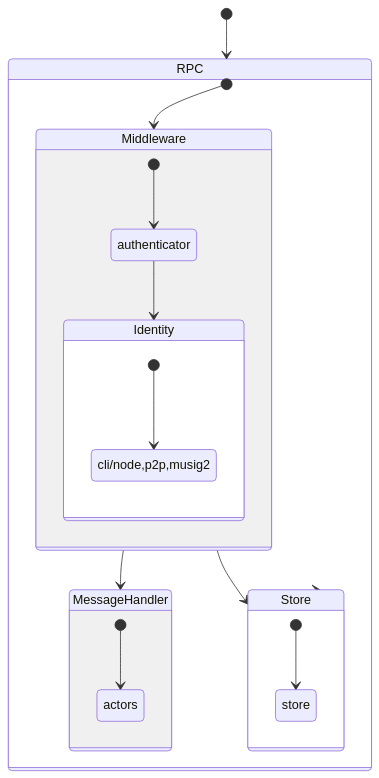
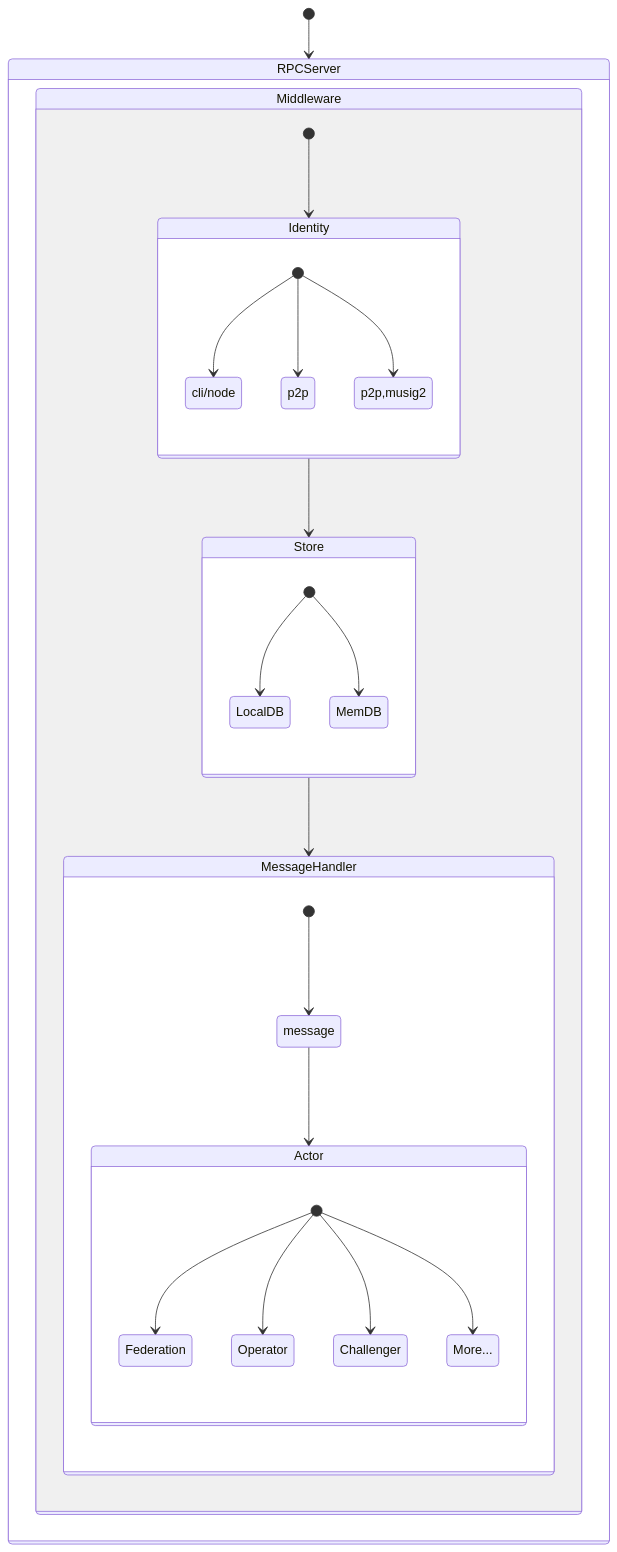
One commit to GOATNetwork/bitvm2-node changed the first of 5 diagrams in README.md. Above: the diagram before and after it, drawn with Mermaid.

Commit message:
feat: dev alpha version

````diff
--- a/README.md
+++ b/README.md
@@ -6,28 +6,34 @@
 ```mermaid
 stateDiagram-v2
-    [*] --> RPC 
+    [*] --> RPCServer 
 
-    state RPC {
-        [*] --> Middleware 
-
+    state RPCServer {
         state Middleware {
-            [*] --> authenticator 
-            authenticator --> Identity
-            
-            state Identity {
-                [*] --> cli/node,p2p,musig2
-            }
+            [*] --> Identity 
+            Identity --> Store
+            Store --> MessageHandler
         }
-        state MessageHandler {
-            [*] --> actors
-        }
-        Middleware --> MessageHandler
-        Middleware --> Store
+    }
+       
+    state MessageHandler {
+        [*] --> message 
+        message --> Actor 
+    }
+    state Actor {
+        [*] --> Federation 
+        [*] --> Operator 
+        [*] --> Challenger
+        [*] --> More... 
+    }
+    
+    state Identity {
+        [*] --> cli/node
+        [*] --> p2p
+        [*] --> p2p,musig2
     }
 
     state Store {
-        [*] --> store
-    }
-    
-    RPC --> Store
+        [*] --> LocalDB 
+        [*] --> MemDB 
+}
 ```
````
